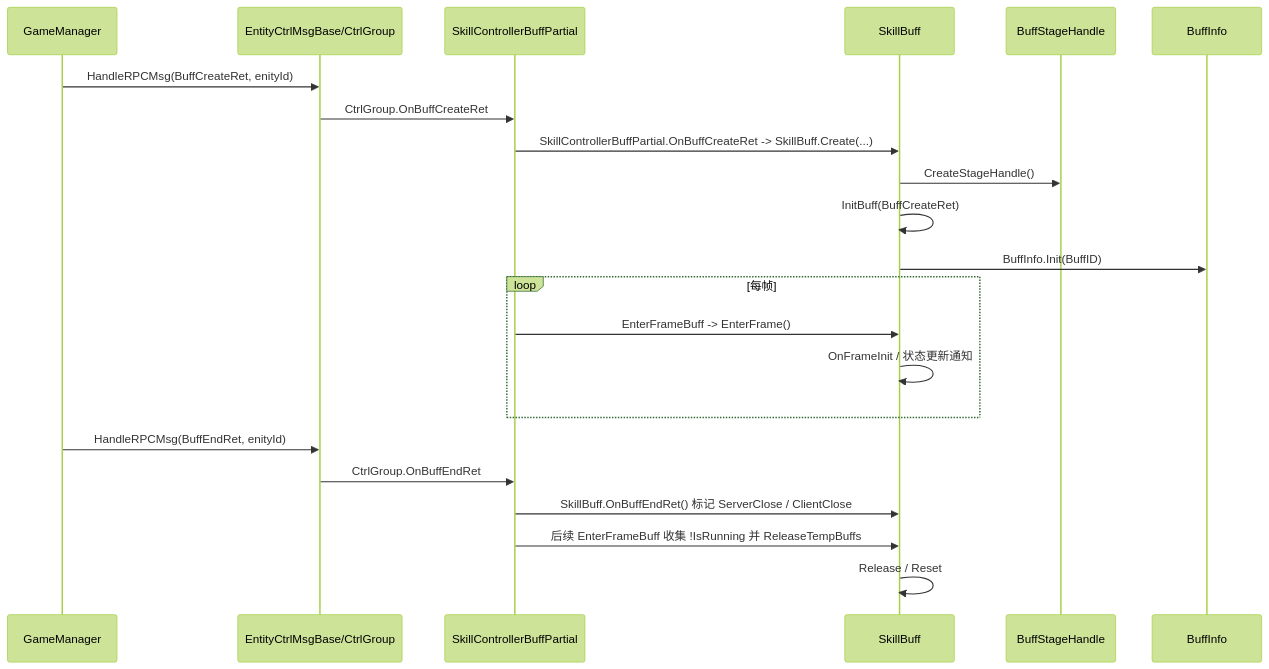
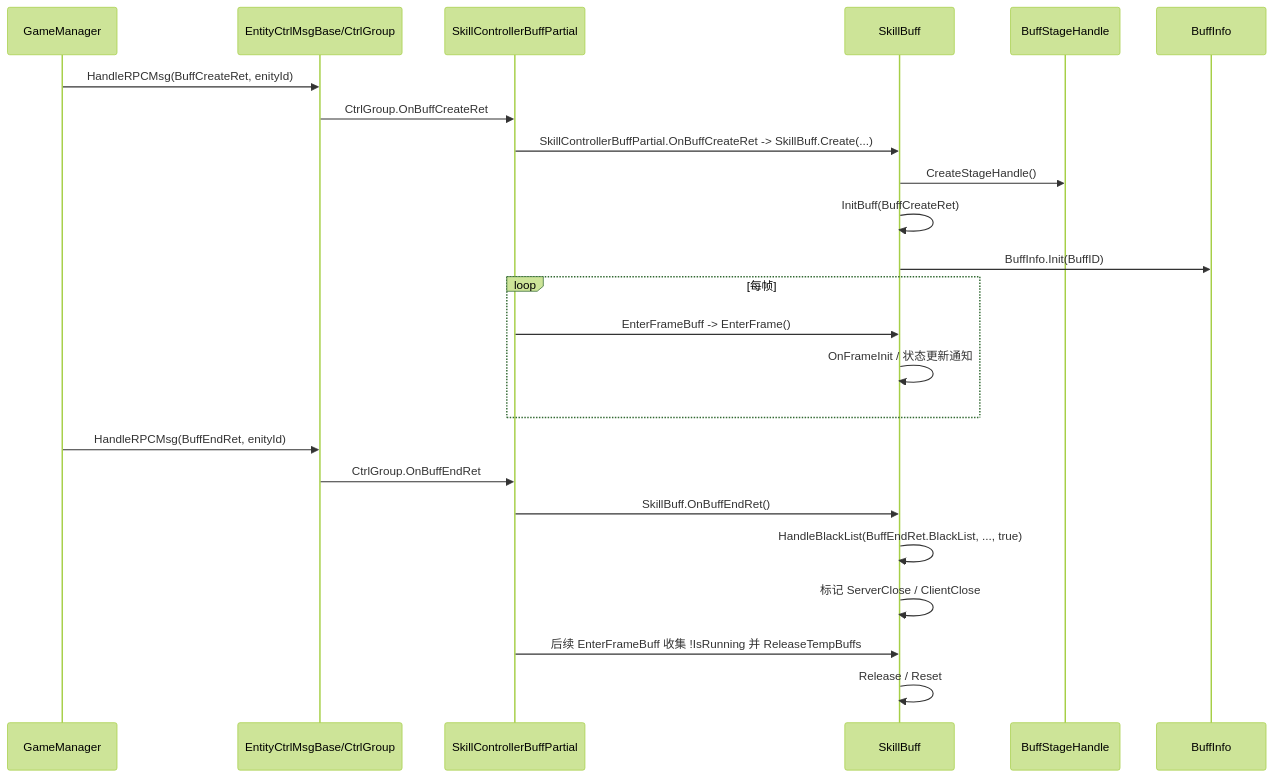
One commit to BoyLei/Stars changed the second of 2 diagrams in diagrams/battle/L4_COMBAT_EFFECT.md. Above: the diagram before and after it, drawn with Mermaid (forest theme). The commit also changed other lines of this file and 15 other files, not shown here.

````diff
--- a/diagrams/battle/L4_COMBAT_EFFECT.md
+++ b/diagrams/battle/L4_COMBAT_EFFECT.md
@@ -48,24 +48,26 @@
 ```mermaid
 sequenceDiagram
     participant GM as GameManager
     participant ECG as EntityCtrlMsgBase/CtrlGroup
     participant Src as SkillControllerBuffPartial
     participant SB as SkillBuff
     participant BSH as BuffStageHandle
     participant BI as BuffInfo
     GM->>ECG: HandleRPCMsg(BuffCreateRet, enityId)
     ECG->>Src: CtrlGroup.OnBuffCreateRet
     Src->>SB: SkillControllerBuffPartial.OnBuffCreateRet -> SkillBuff.Create(...)
     SB->>BSH: CreateStageHandle()
     SB->>SB: InitBuff(BuffCreateRet)
     SB->>BI: BuffInfo.Init(BuffID)
     loop 每帧
         Src->>SB: EnterFrameBuff -> EnterFrame()
         SB->>SB: OnFrameInit / 状态更新通知
     end
     GM->>ECG: HandleRPCMsg(BuffEndRet, enityId)
     ECG->>Src: CtrlGroup.OnBuffEndRet
-    Src->>SB: SkillBuff.OnBuffEndRet() 标记 ServerClose / ClientClose
+    Src->>SB: SkillBuff.OnBuffEndRet()
+    SB->>SB: HandleBlackList(BuffEndRet.BlackList, ..., true)
+    SB->>SB: 标记 ServerClose / ClientClose
     Src->>SB: 后续 EnterFrameBuff 收集 !IsRunning 并 ReleaseTempBuffs
     SB->>SB: Release / Reset
 ```
````
